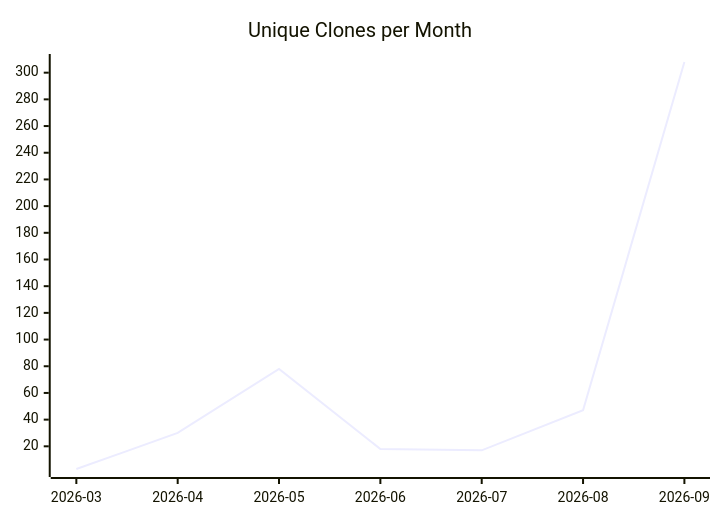
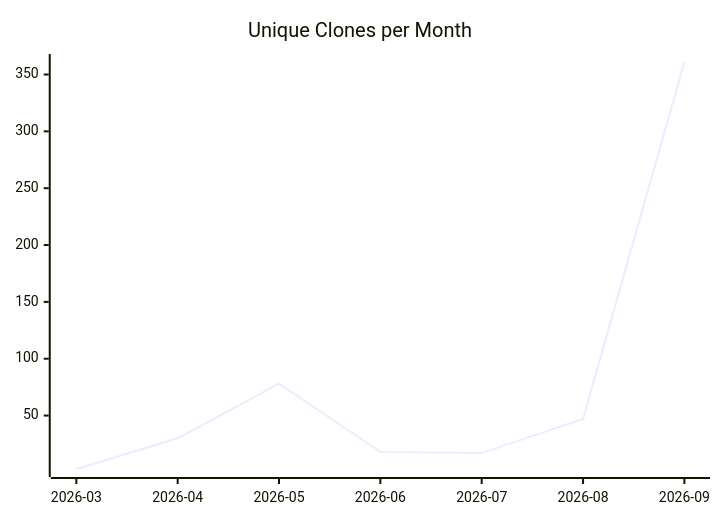
The third of 3 diagrams in karlmdavis/justdavis-ansible/README.md (justdavis-family/github-analytics-data), drawn with Mermaid before and after one commit. The commit also changed other lines of this file and 202 other files, not shown here.

````diff
--- a/karlmdavis/justdavis-ansible/README.md
+++ b/karlmdavis/justdavis-ansible/README.md
@@ -19,6 +19,6 @@
 ```mermaid
 xychart-beta
   title "Unique Clones per Month"
   x-axis ["2026-03", "2026-04", "2026-05", "2026-06", "2026-07", "2026-08", "2026-09"]
-  line [3, 30, 78, 18, 17, 47, 308]
+  line [3, 30, 78, 18, 17, 47, 361]
 ```
````
